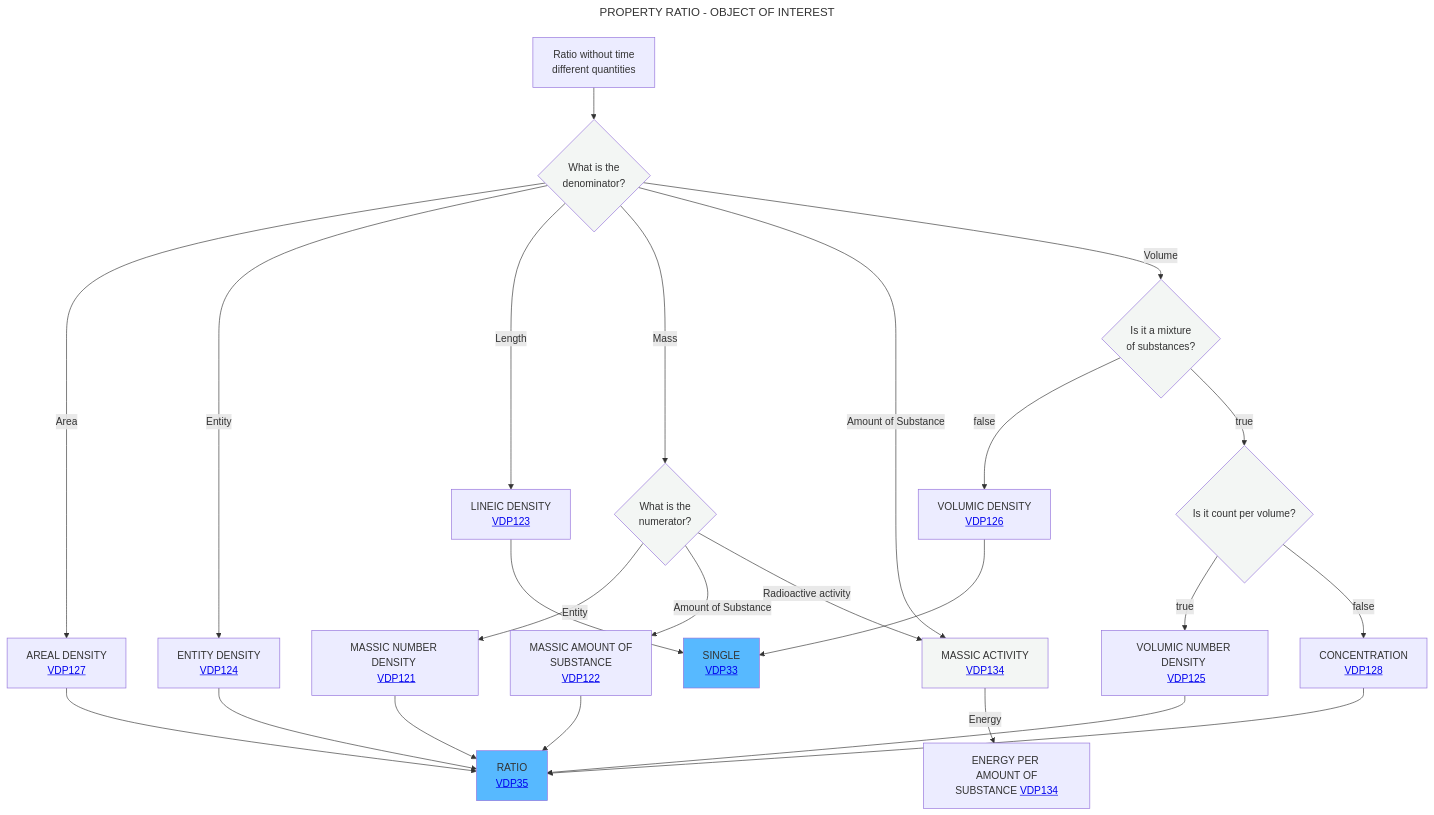
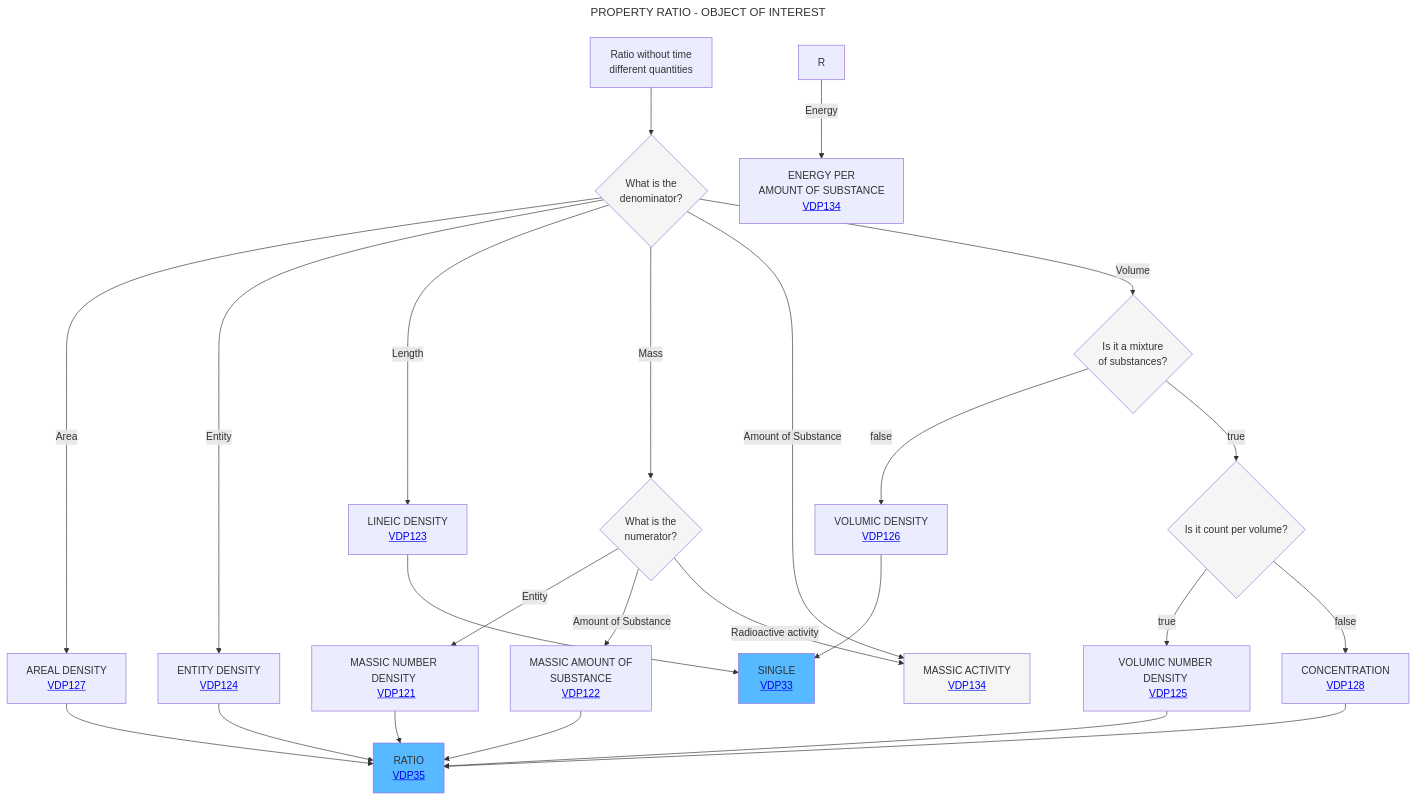
Before and after one commit to mabablue/I-ADOPT-patterns-playground: the diagram in Decisition_trees/DT5.mmd, drawn with Mermaid.

```diff
--- a/Decisition_trees/DT5.mmd
+++ b/Decisition_trees/DT5.mmd
@@ -1,31 +1,31 @@
 ---
 title: PROPERTY RATIO - OBJECT OF INTEREST
 ---
 flowchart TD
     A[Ratio without time <br> different quantities] --> B{What is the <br> denominator?}:::white
     B -- Area -->C[AREAL DENSITY <br> <a href='https://github.com/mabablue/I-ADOPT-patterns-playground/blob/main/pattern/VDP127.yaml'>VDP127</a>]
     B -- Entity -->F[ENTITY DENSITY <br> <a href='https://github.com/mabablue/I-ADOPT-patterns-playground/blob/main/pattern/VDP124.yaml'>VDP124</a>]
     B -- Length -->D[LINEIC DENSITY <br> <a href='https://github.com/mabablue/I-ADOPT-patterns-playground/blob/main/pattern/VDP123.yaml'>VDP123</a>]
     B -- Mass -->E{What is the <br> numerator?}:::white
     B -- Amount of Substance --> Q{What is the <br> numerator?}:::white
     E -- Entity --> L[MASSIC NUMBER DENSITY <br> <a href='https://github.com/mabablue/I-ADOPT-patterns-playground/blob/main/pattern/VDP121.yaml'>VDP121</a>]
     E -- Amount of Substance --> P[MASSIC AMOUNT OF <br> SUBSTANCE <br> <a href='https://github.com/mabablue/I-ADOPT-patterns-playground/blob/main/pattern/VDP122.yaml'>VDP122</a>]
     E -- Radioactive activity --> Q[MASSIC ACTIVITY <br> <a href='https://github.com/mabablue/I-ADOPT-patterns-playground/blob/main/pattern/VDP134.yaml'>VDP134</a>]
     B -- Volume -->G{Is it a mixture <br> of substances?}:::white
     G --> |false|H[VOLUMIC DENSITY <br> <a href='https://github.com/mabablue/I-ADOPT-patterns-playground/blob/main/pattern/VDP126.yaml'>VDP126</a>]
     G--> |true|J{Is it count per volume?}:::white
     J --> |true|I[VOLUMIC NUMBER DENSITY <br> <a href='https://github.com/mabablue/I-ADOPT-patterns-playground/blob/main/pattern/VDP125.yaml'>VDP125</a>]
     J --> |false|M[CONCENTRATION <br> <a href='https://github.com/mabablue/I-ADOPT-patterns-playground/blob/main/pattern/VDP128.yaml'>VDP128</a>]
     I --> N
     C --> N[RATIO <br> <a href='https://github.com/mabablue/I-ADOPT-patterns-playground/blob/main/pattern/VDP35.yaml'>VDP35</a>]:::satblue
     F --> N
     D --> O[SINGLE <br> <a href='https://github.com/mabablue/I-ADOPT-patterns-playground/blob/main/pattern/VDP33.yaml'>VDP33</a>]:::satblue
-    Q -- Energy --> R[ENERGY PER <br> AMOUNT OF SUBSTANCE <a href='https://github.com/mabablue/I-ADOPT-patterns-playground/blob/main/pattern/VDP134.yaml'>VDP134</a>]
+    R -- Energy --> S[ENERGY PER <br> AMOUNT OF SUBSTANCE <br> <a href='https://github.com/mabablue/I-ADOPT-patterns-playground/blob/main/pattern/VDP134.yaml'>VDP134</a>]
     H --> O
     L --> N
     P --> N
     M --> N
    classDef blue fill:#90D5FF
    classDef satblue fill:#57B9FF 
    classDef white fill:#f3f6f4
    classDef green fill:#6aa84f
```
